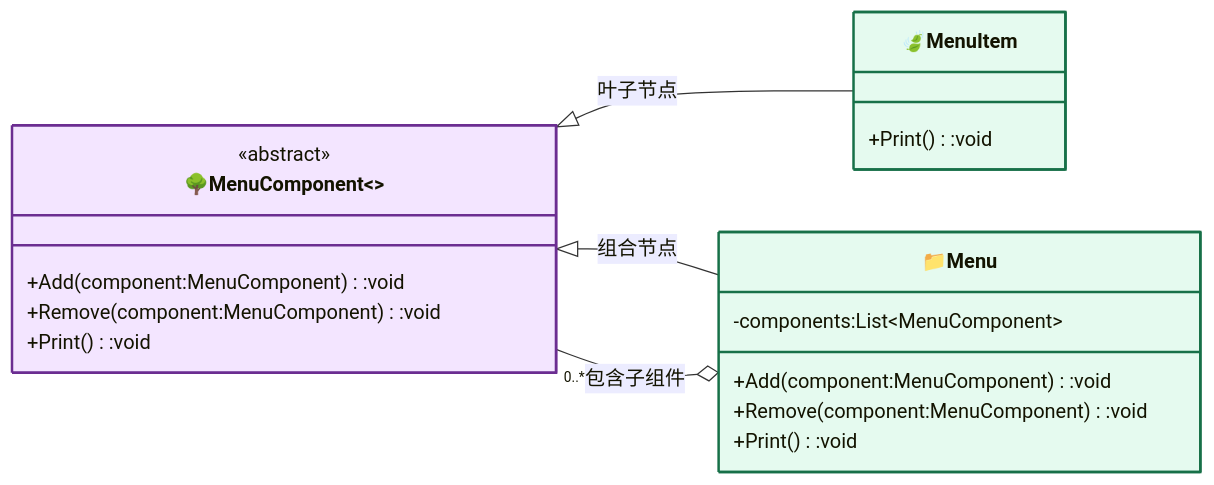
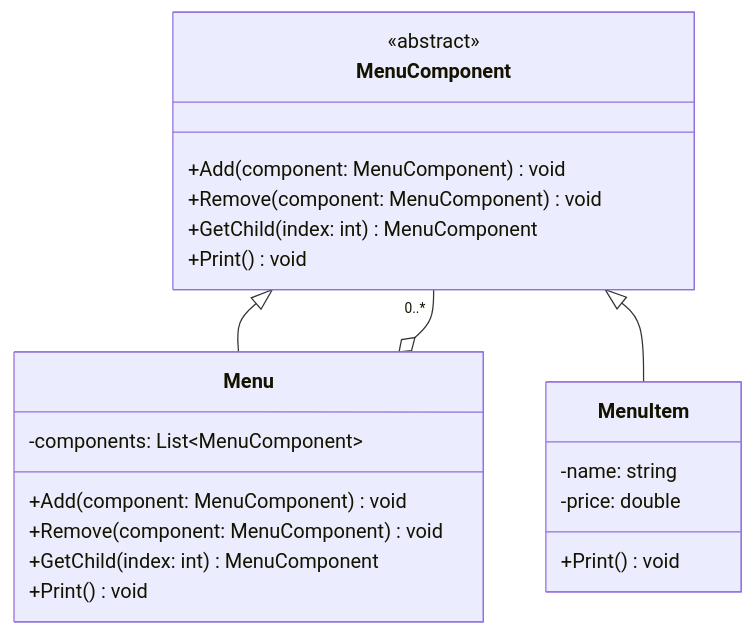
The second of 2 diagrams in CompositePattern/README.md (hollson/design_patterns), drawn with Mermaid before and after one commit. The commit also changed other lines of this file and 19 other files, not shown here.

````diff
--- a/CompositePattern/README.md
+++ b/CompositePattern/README.md
@@ -20,29 +45,26 @@
 ```mermaid
-%%{init: {"classDiagram": {"useMarkdownLabels": true}} }%%
 classDiagram
-    direction LR
-
-    class Component["🌳MenuComponent<<abstract>>"]:::strategyCls{
+    class MenuComponent {
         <<abstract>>
-        +Add(component:MenuComponent):void
-        +Remove(component:MenuComponent):void
-        +Print():void
+        +Add(component: MenuComponent) void
+        +Remove(component: MenuComponent) void
+        +GetChild(index: int) MenuComponent
+        +Print() void
     }
-    class Leaf["🍃MenuItem"]:::concreteCls{
-        +Print():void
+    class Menu {
+        -components: List~MenuComponent~
+        +Add(component: MenuComponent) void
+        +Remove(component: MenuComponent) void
+        +GetChild(index: int) MenuComponent
+        +Print() void
     }
-    class Composite["📁Menu"]:::concreteCls{
-        -components:List~MenuComponent~
-        +Add(component:MenuComponent):void
-        +Remove(component:MenuComponent):void
-        +Print():void
+    class MenuItem {
+        -name: string
+        -price: double
+        +Print() void
     }
 
-    Component <|-- Leaf : 叶子节点
-    Component <|-- Composite : 组合节点
-    Composite o-- "0..*" Component : 包含子组件
-
-    classDef contextCls fill:#fff3cd,stroke:#856404,stroke-width:2px
-    classDef strategyCls fill:#f3e5ff,stroke:#6b2d91,stroke-width:2px
-    classDef concreteCls fill:#e5faef,stroke:#177048,stroke-width:2px
+    MenuComponent <|-- Menu
+    MenuComponent <|-- MenuItem
+    Menu o-- "0..*" MenuComponent
 ```
````
